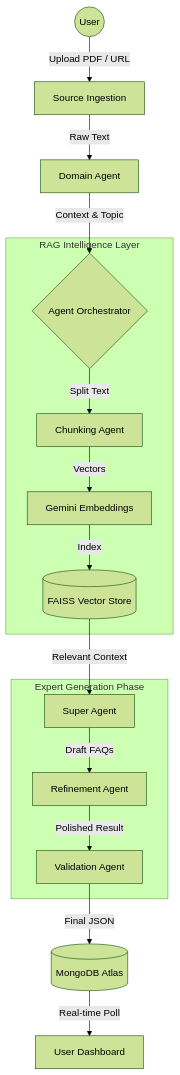
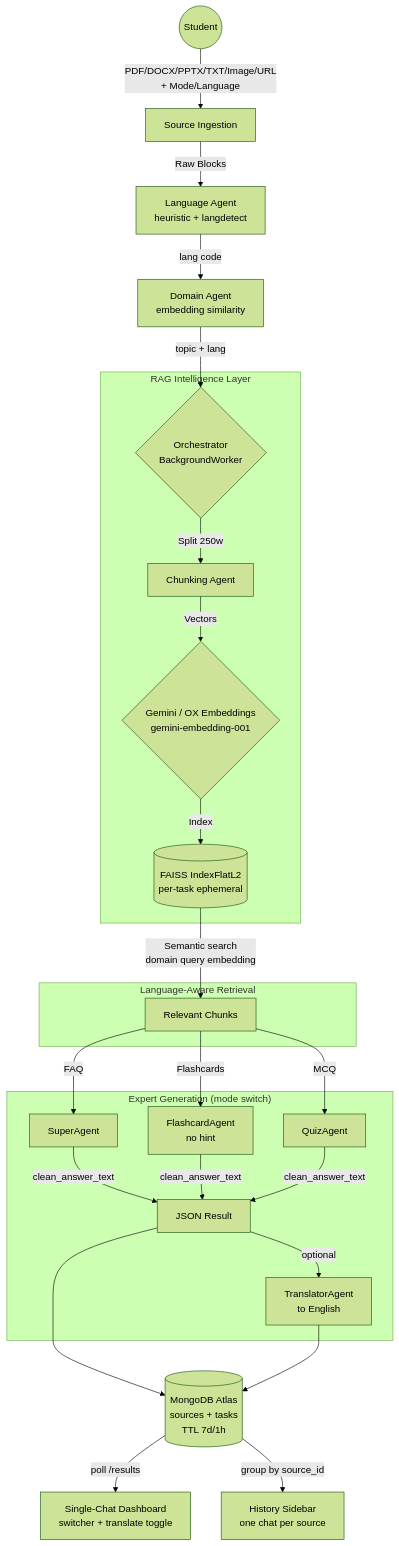
Before and after one commit to DORAEMONBHAIYA/faq: the first of 2 diagrams in SYSTEM_ARCHITECTURE.md, drawn with Mermaid (forest theme). The commit also changed other lines of this file and 34 other files, not shown here.

````diff
--- a/SYSTEM_ARCHITECTURE.md
+++ b/SYSTEM_ARCHITECTURE.md
@@ -7,21 +7,32 @@
 ```mermaid
 graph TD
-    User((User)) -->|Upload PDF / URL| Ingest[Source Ingestion]
-    Ingest -->|Raw Text| Domain[Domain Agent]
-    Domain -->|Context & Topic| Orchestrator{Agent Orchestrator}
-    
+    User((Student)) -->|PDF/DOCX/PPTX/TXT/Image/URL<br/>+ Mode/Language| Ingest[Source Ingestion]
+    Ingest -->|Raw Blocks| Lang[Language Agent<br/>heuristic + langdetect]
+    Lang -->|lang code| Domain[Domain Agent<br/>embedding similarity]
+    Domain -->|topic + lang| Orchestrator{Orchestrator<br/>BackgroundWorker}
+
     subgraph "RAG Intelligence Layer"
-    Orchestrator -->|Split Text| Chunk[Chunking Agent]
-    Chunk -->|Vectors| Embed[Gemini Embeddings]
-    Embed -->|Index| FAISS[(FAISS Vector Store)]
+    Orchestrator -->|Split 250w| Chunk[Chunking Agent]
+    Chunk -->|Vectors| Embed{Gemini / OX Embeddings<br/>gemini-embedding-001}
+    Embed -->|Index| FAISS[(FAISS IndexFlatL2<br/>per-task ephemeral)]
     end
-    
-    subgraph "Expert Generation Phase"
-    FAISS -->|Relevant Context| Super[Super Agent]
-    Super -->|Draft FAQs| Refiner[Refinement Agent]
-    Refiner -->|Polished Result| Validator[Validation Agent]
+
+    subgraph "Language-Aware Retrieval"
+    FAISS -->|Semantic search<br/>domain query embedding| Context[Relevant Chunks]
     end
-    
-    Validator -->|Final JSON| DB[(MongoDB Atlas)]
-    DB -->|Real-time Poll| Dashboard[User Dashboard]
+
+    subgraph "Expert Generation (mode switch)"
+    Context -->|FAQ| Super[SuperAgent]
+    Context -->|Flashcards| Flash[FlashcardAgent<br/>no hint]
+    Context -->|MCQ| Quiz[QuizAgent]
+    Super -->|clean_answer_text| Out[JSON Result]
+    Flash -->|clean_answer_text| Out
+    Quiz -->|clean_answer_text| Out
+    Out -->|optional| Trans[TranslatorAgent<br/>to English]
+    end
+
+    Out --> DB[(MongoDB Atlas<br/>sources + tasks<br/>TTL 7d/1h)]
+    Trans --> DB
+    DB -->|poll /results| Chat[Single-Chat Dashboard<br/>switcher + translate toggle]
+    DB -->|group by source_id| History[History Sidebar<br/>one chat per source]
 ```
````
